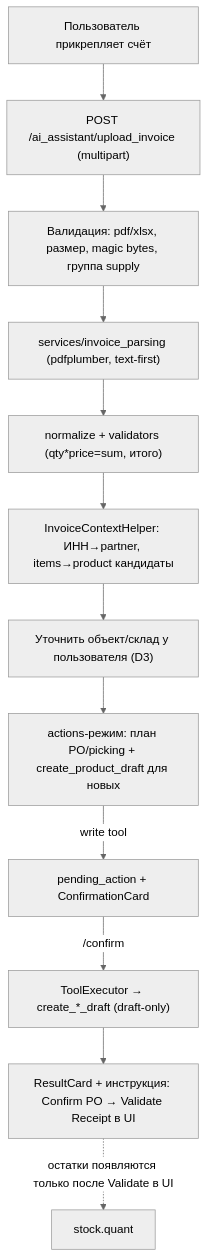
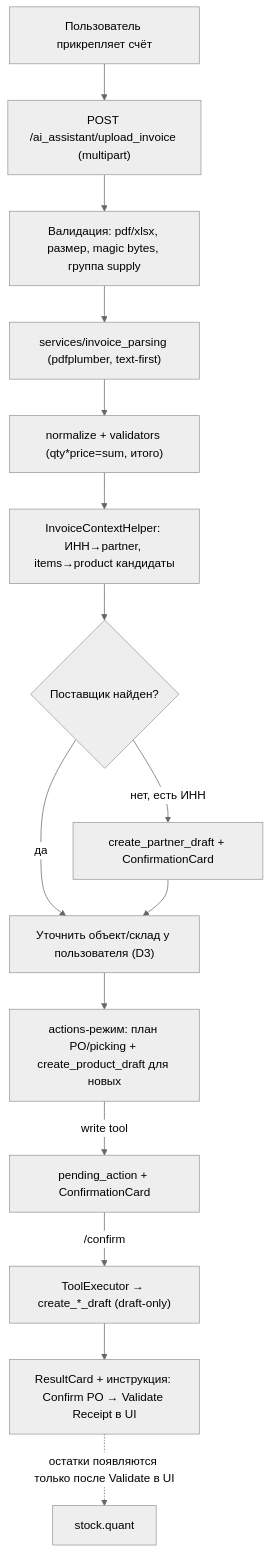
The diagram in docs/roadmap_ai_assistant_v3_invoice.md (Sergtsk45/sklad), drawn with Mermaid (neutral theme) before and after one commit. The commit also changed other lines of this file and 7 other files, not shown here.

Commit message:
test(ai_assistant): cover invoice partner draft e2e

````diff
--- a/docs/roadmap_ai_assistant_v3_invoice.md
+++ b/docs/roadmap_ai_assistant_v3_invoice.md
@@ -61,14 +61,17 @@
 ```mermaid
 flowchart TB
   U[Пользователь прикрепляет счёт] --> UP["POST /ai_assistant/upload_invoice (multipart)"]
   UP --> VAL["Валидация: pdf/xlsx, размер, magic bytes, группа supply"]
   VAL --> PARSE["services/invoice_parsing (pdfplumber, text-first)"]
   PARSE --> NORM["normalize + validators (qty*price=sum, итого)"]
   NORM --> MAP["InvoiceContextHelper: ИНН→partner, items→product кандидаты"]
-  MAP --> ASK["Уточнить объект/склад у пользователя (D3)"]
+  MAP --> PARTNER{"Поставщик найден?"}
+  PARTNER -->|нет, есть ИНН| CP["create_partner_draft + ConfirmationCard"]
+  PARTNER -->|да| ASK["Уточнить объект/склад у пользователя (D3)"]
+  CP --> ASK
   ASK --> LLM["actions-режим: план PO/picking + create_product_draft для новых"]
   LLM -->|write tool| PEND["pending_action + ConfirmationCard"]
   PEND -->|/confirm| EXE["ToolExecutor → create_*_draft (draft-only)"]
   EXE --> CARD["ResultCard + инструкция: Confirm PO → Validate Receipt в UI"]
   CARD -.остатки появляются только после Validate в UI.-> DONE[stock.quant]
 ```
````
